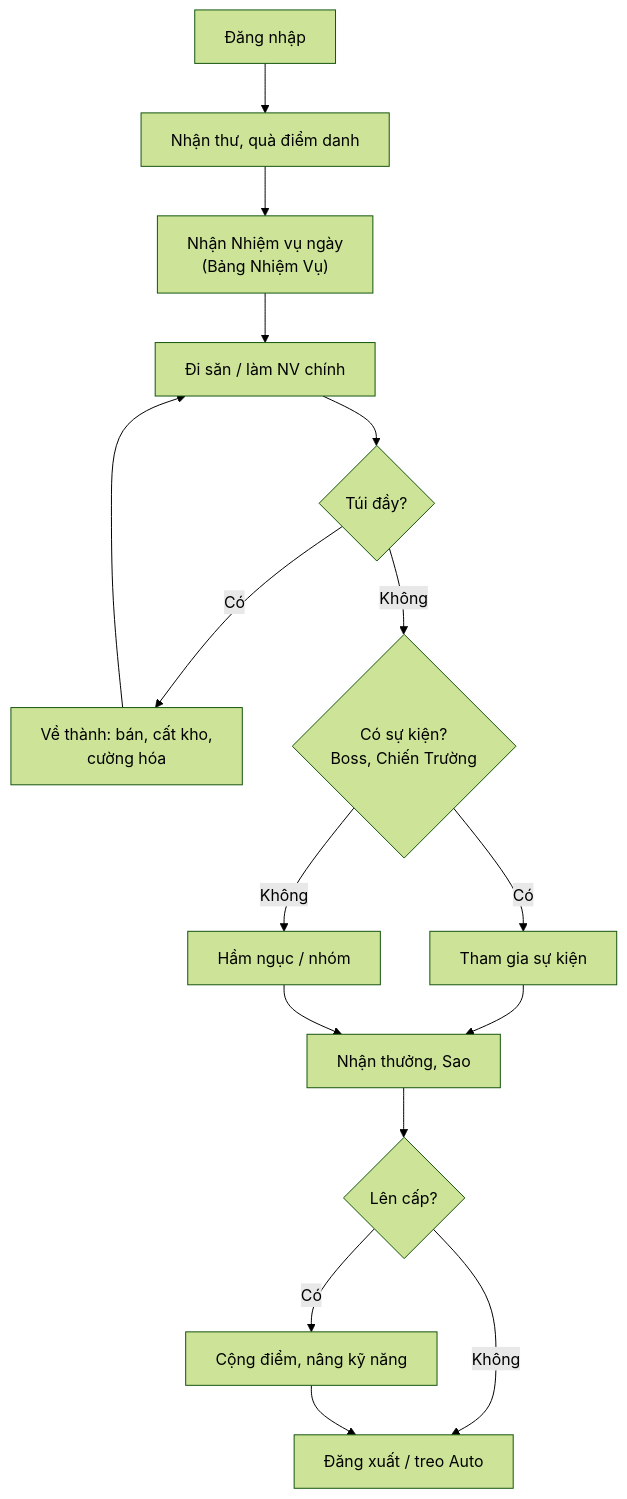
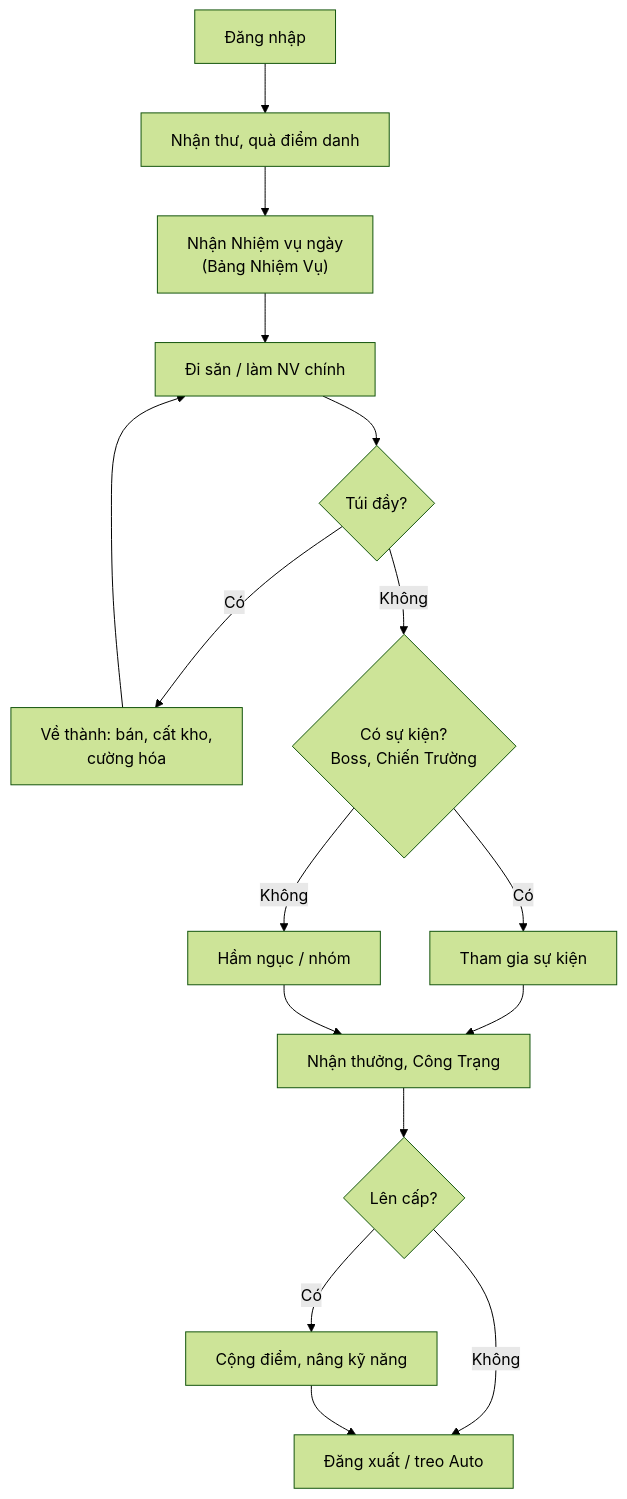
One commit to thehuygnouhk/game-2d changed the third of 13 diagrams in docs/workflows/player-journey.md. Above: the diagram before and after it, drawn with Mermaid (forest theme). The commit also changed other lines of this file and 35 other files, not shown here.

````diff
--- a/docs/workflows/player-journey.md
+++ b/docs/workflows/player-journey.md
@@ -54,18 +54,18 @@
 ```mermaid
 flowchart TD
     S["Đăng nhập"] --> Q["Nhận thư, quà điểm danh"]
     Q --> D["Nhận Nhiệm vụ ngày<br/>(Bảng Nhiệm Vụ)"]
     D --> H["Đi săn / làm NV chính"]
     H --> I{"Túi đầy?"}
     I -- "Có" --> R["Về thành: bán, cất kho,<br/>cường hóa"]
     R --> H
     I -- "Không" --> E{"Có sự kiện?<br/>Boss, Chiến Trường"}
     E -- "Có" --> X["Tham gia sự kiện"]
     E -- "Không" --> G["Hầm ngục / nhóm"]
-    X --> W["Nhận thưởng, Sao"]
+    X --> W["Nhận thưởng, Công Trạng"]
     G --> W
     W --> L{"Lên cấp?"}
     L -- "Có" --> P["Cộng điểm, nâng kỹ năng"]
     L -- "Không" --> O["Đăng xuất / treo Auto"]
     P --> O
 ```
````
